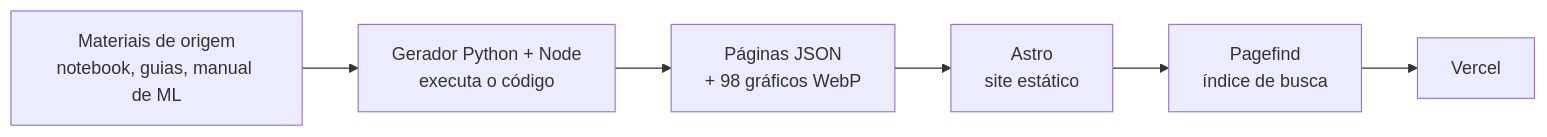
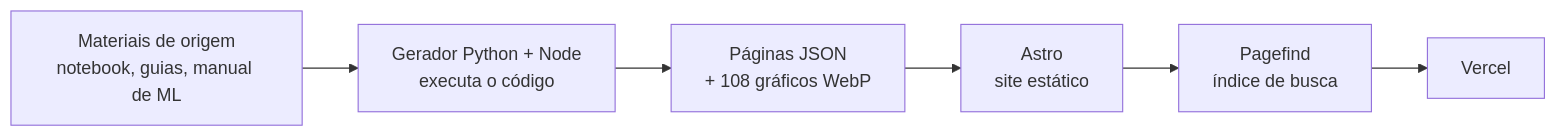
One commit to fernandofigueiredo-data/manual-analise-de-dados changed the diagram in README.md. Above: the diagram before and after it, drawn with Mermaid. The commit also changed other lines of this file and 46 other files, not shown here.

````diff
--- a/README.md
+++ b/README.md
@@ -77,8 +100,8 @@
 ```mermaid
 flowchart LR
     A["Materiais de origem<br/>notebook, guias, manual de ML"] --> B["Gerador Python + Node<br/>executa o código"]
-    B --> C["Páginas JSON<br/>+ 98 gráficos WebP"]
+    B --> C["Páginas JSON<br/>+ 108 gráficos WebP"]
     C --> D["Astro<br/>site estático"]
     D --> E["Pagefind<br/>índice de busca"]
     E --> F["Vercel"]
 ```
````
